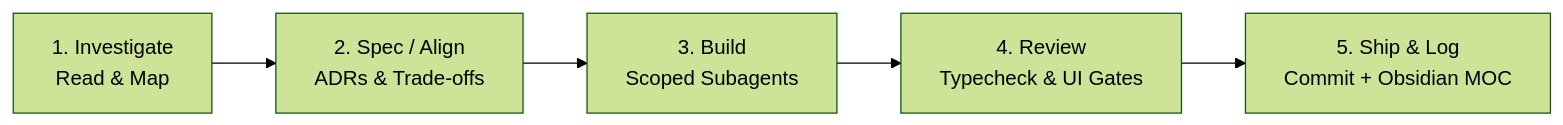
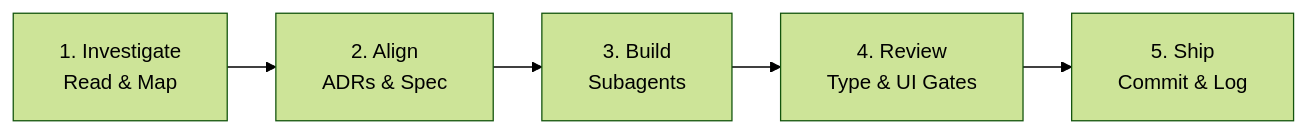
The diagram in README.md (vanrcg/vanrcg), drawn with Mermaid (forest theme) before and after one commit.

Commit message:
docs: add Mermaid padding config and compact node labels for GitHub pan/zoom controls

````diff
--- a/README.md
+++ b/README.md
@@ -26,7 +26,8 @@
 ```mermaid
+%%{init: {'flowchart': {'padding': 18, 'nodeSpacing': 28, 'rankSpacing': 38}}}%%
 flowchart LR
-    A["1. Investigate<br/>Read & Map"] --> B["2. Spec / Align<br/>ADRs & Trade-offs"]
-    B --> C["3. Build<br/>Scoped Subagents"]
-    C --> D["4. Review<br/>Typecheck & UI Gates"]
-    D --> E["5. Ship & Log<br/>Commit + Obsidian MOC"]
+    A["1. Investigate<br/>Read & Map"] --> B["2. Align<br/>ADRs & Spec"]
+    B --> C["3. Build<br/>Subagents"]
+    C --> D["4. Review<br/>Type & UI Gates"]
+    D --> E["5. Ship<br/>Commit & Log"]
 ```
````
